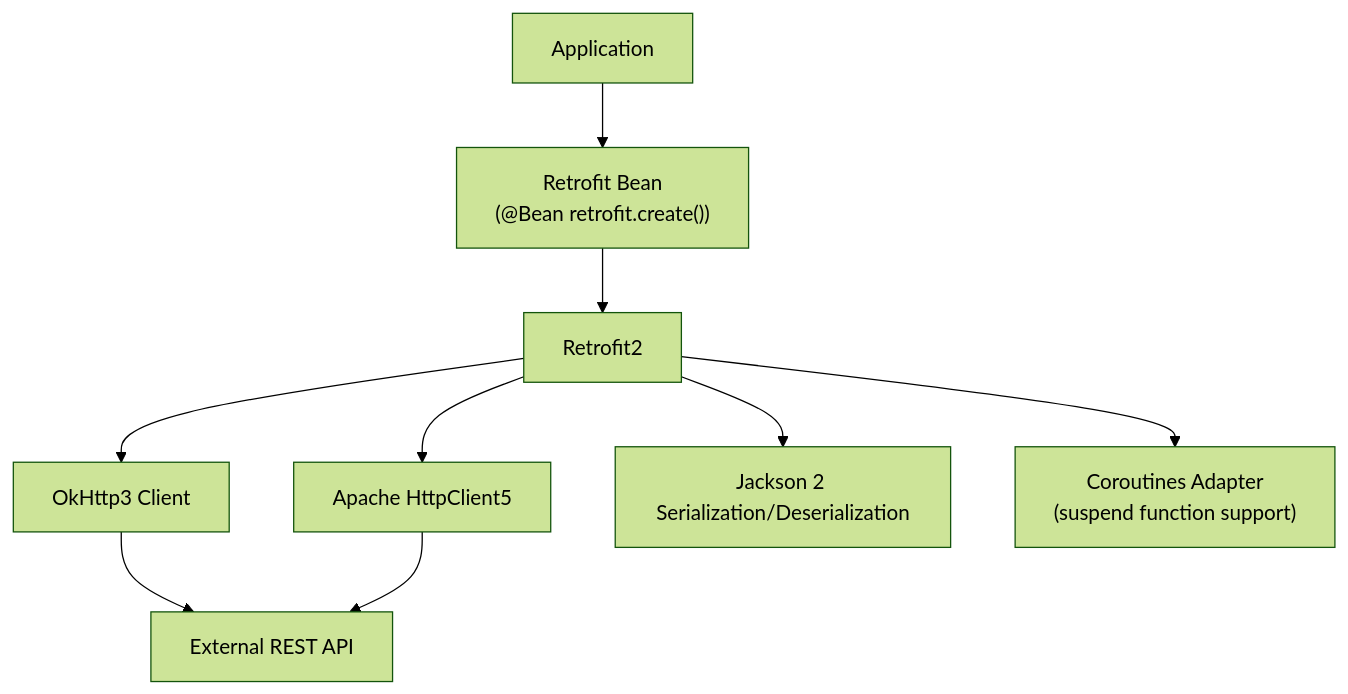
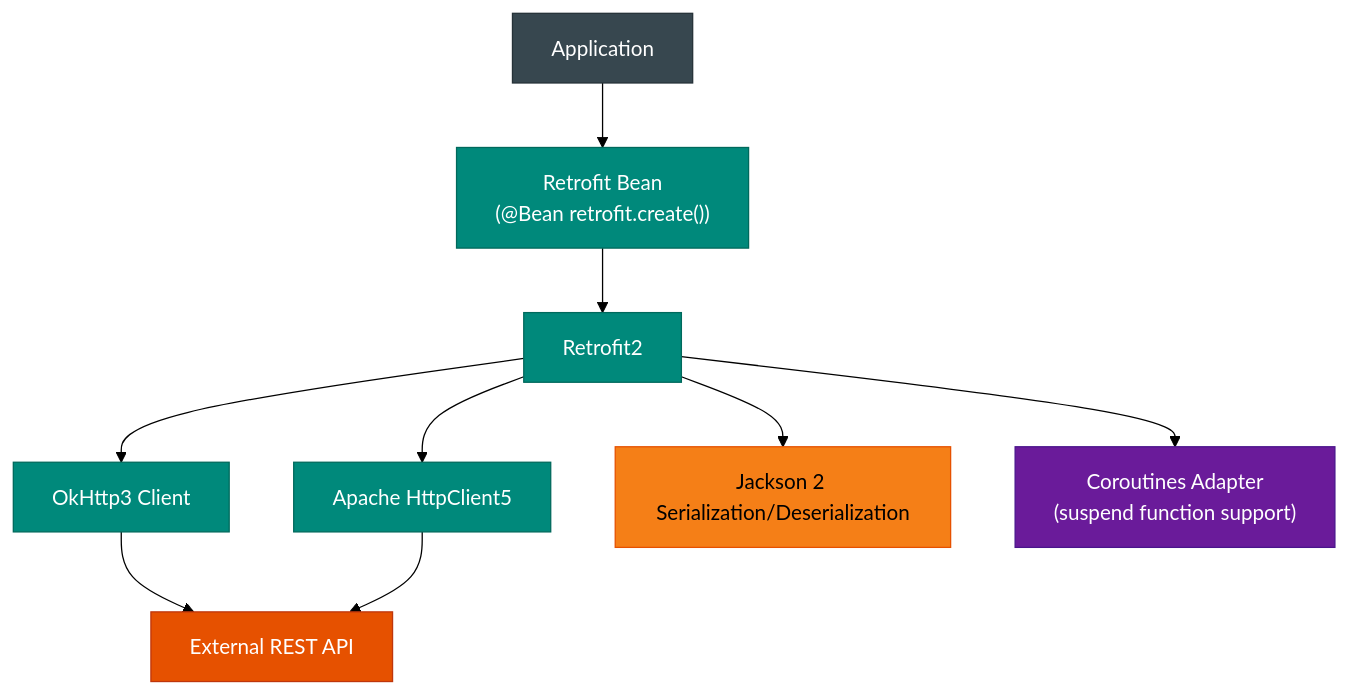
The fourth of 4 diagrams in spring-boot4/core/README.md (bluetape4k/bluetape4k-projects), drawn with Mermaid (forest theme) before and after one commit. The commit also changed other lines of this file and 221 other files, not shown here.

First line of the commit message:
docs: 전체 모듈 README UML 다이어그램 보강 및 색상 업그레이드

````diff
--- a/spring-boot4/core/README.md
+++ b/spring-boot4/core/README.md
@@ -242,11 +270,23 @@
 ```mermaid
 flowchart TD
     App["Application"] --> RetrofitBean["Retrofit Bean<br/>(@Bean retrofit.create<T>())"]
     RetrofitBean --> Retrofit2["Retrofit2"]
     Retrofit2 --> OkHttp["OkHttp3 Client"]
     Retrofit2 --> HttpClient5["Apache HttpClient5"]
     Retrofit2 --> Jackson["Jackson 2 Serialization/Deserialization"]
     Retrofit2 --> CoroutinesAdapter["Coroutines Adapter<br/>(suspend function support)"]
     OkHttp --> ExternalAPI["External REST API"]
     HttpClient5 --> ExternalAPI
+
+    classDef appStyle fill:#37474F,stroke:#263238,color:#FFFFFF
+    classDef retrofitStyle fill:#00897B,stroke:#00695C,color:#FFFFFF
+    classDef adapterStyle fill:#6A1B9A,stroke:#4A148C,color:#FFFFFF
+    classDef serdeStyle fill:#F57F17,stroke:#E65100,color:#000000
+    classDef externalStyle fill:#E65100,stroke:#BF360C,color:#FFFFFF
+
+    class App appStyle
+    class RetrofitBean,Retrofit2,OkHttp,HttpClient5 retrofitStyle
+    class CoroutinesAdapter adapterStyle
+    class Jackson serdeStyle
+    class ExternalAPI externalStyle
 ```
````
